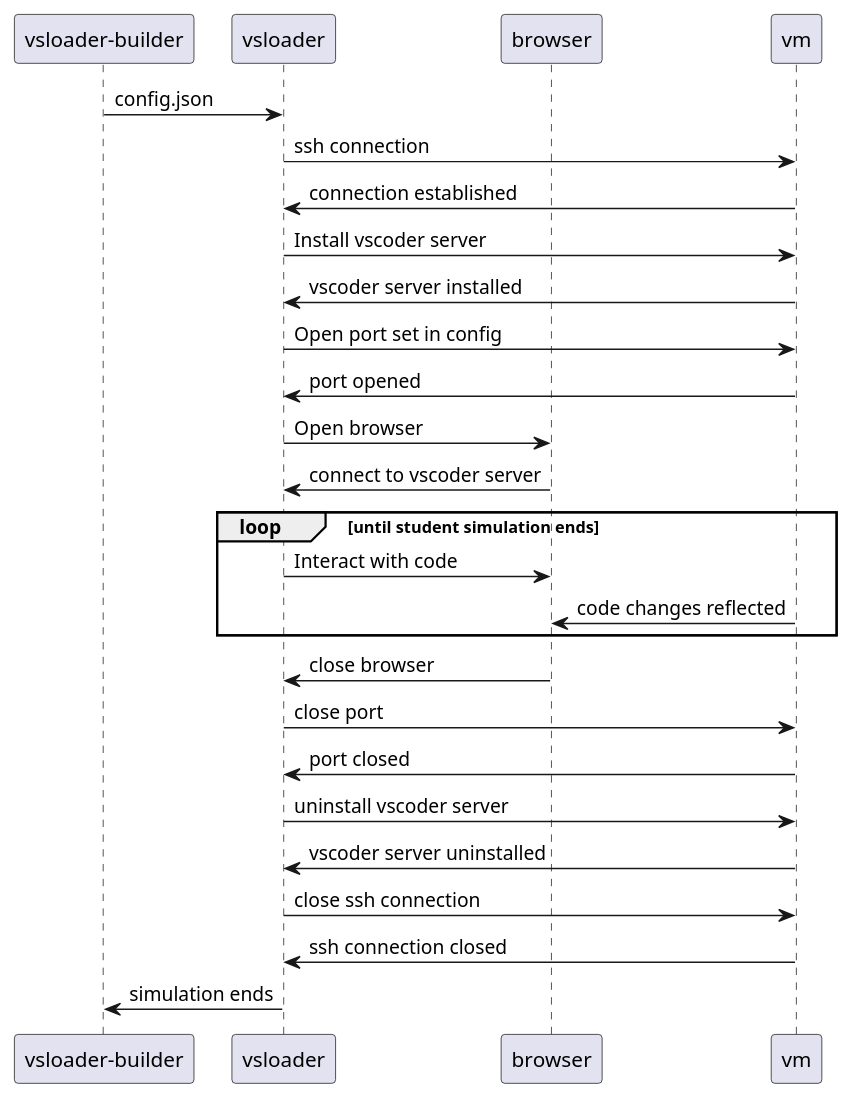
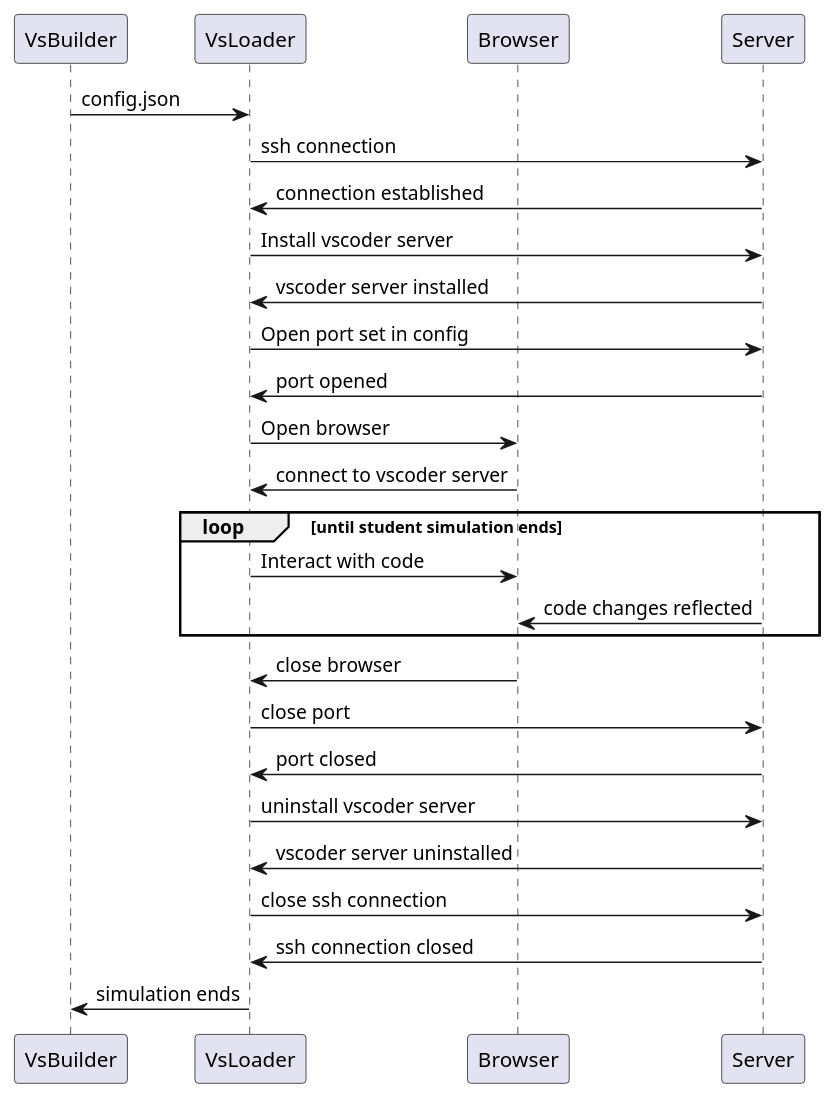
The diagram in rapport/diagramms/sequence_vsloader.plantuml (StevenSermeus/vsloader), drawn with PlantUML before and after one commit. The commit also changed 15 other files, not shown here.

```diff
--- a/rapport/diagramms/sequence_vsloader.plantuml
+++ b/rapport/diagramms/sequence_vsloader.plantuml
@@ -1,30 +1,30 @@
 @startuml "Sequence vsloader"
 
-participant "vsloader-builder" as builder
-participant "vsloader" as vsloader
-participant "browser" as browser
-participant "vm" as vm
+participant "VsBuilder" as builder
+participant "VsLoader" as vsloader
+participant "Browser" as browser
+participant "Server" as vm
 
 
 builder -> vsloader: config.json
 vsloader -> vm: ssh connection
 vm -> vsloader: connection established
 vsloader -> vm: Install vscoder server
 vm -> vsloader: vscoder server installed
 vsloader -> vm: Open port set in config
 vm -> vsloader: port opened
 vsloader -> browser: Open browser
 browser -> vsloader: connect to vscoder server
 loop until student simulation ends
     vsloader -> browser: Interact with code
     vm -> browser: code changes reflected
 end
 browser -> vsloader: close browser
 vsloader -> vm: close port
 vm -> vsloader: port closed
 vsloader -> vm: uninstall vscoder server
 vm -> vsloader: vscoder server uninstalled
 vsloader -> vm: close ssh connection
 vm -> vsloader: ssh connection closed
 vsloader -> builder: simulation ends
 @enduml
```
